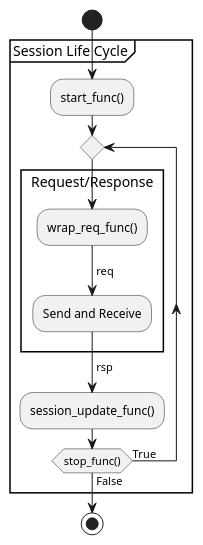
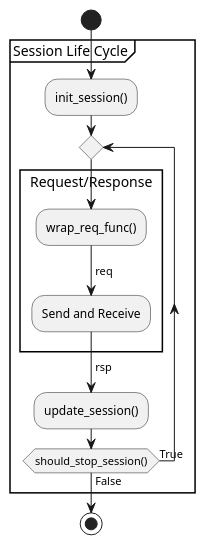
The diagram in docs/session_lifecycle.puml (session-tester/session-tester), drawn with PlantUML before and after one commit. The commit also changed 4 other files, not shown here.

```diff
--- a/docs/session_lifecycle.puml
+++ b/docs/session_lifecycle.puml
@@ -1,25 +1,25 @@
 @startuml
 
 start
 
 partition "Session Life Cycle" {
 
-:start_func();
+:init_session();
 
 repeat
 rectangle "Request/Response" {
   :wrap_req_func();
   -> req;
   :Send and Receive;
   -> rsp;
 }
 
-:session_update_func();
+:update_session();
 
-repeat while (stop_func())  is (True) not (False)
+repeat while (should_stop_session())  is (True) not (False)
 
 }
 stop
 
 
 @enduml
```
